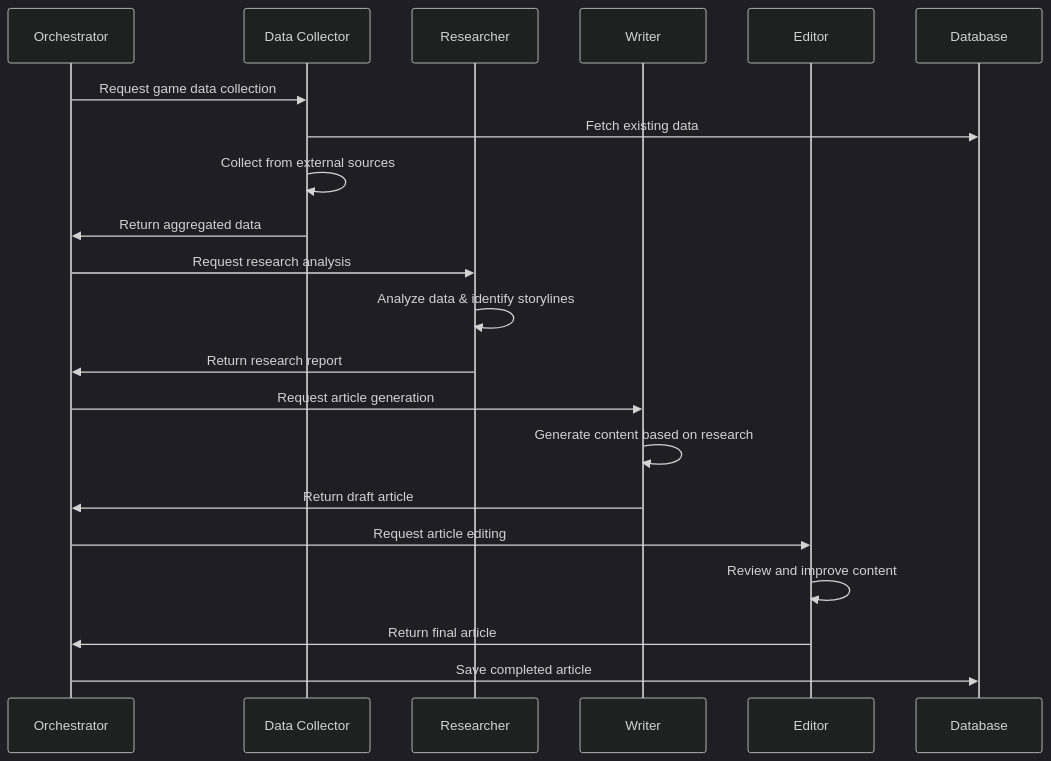
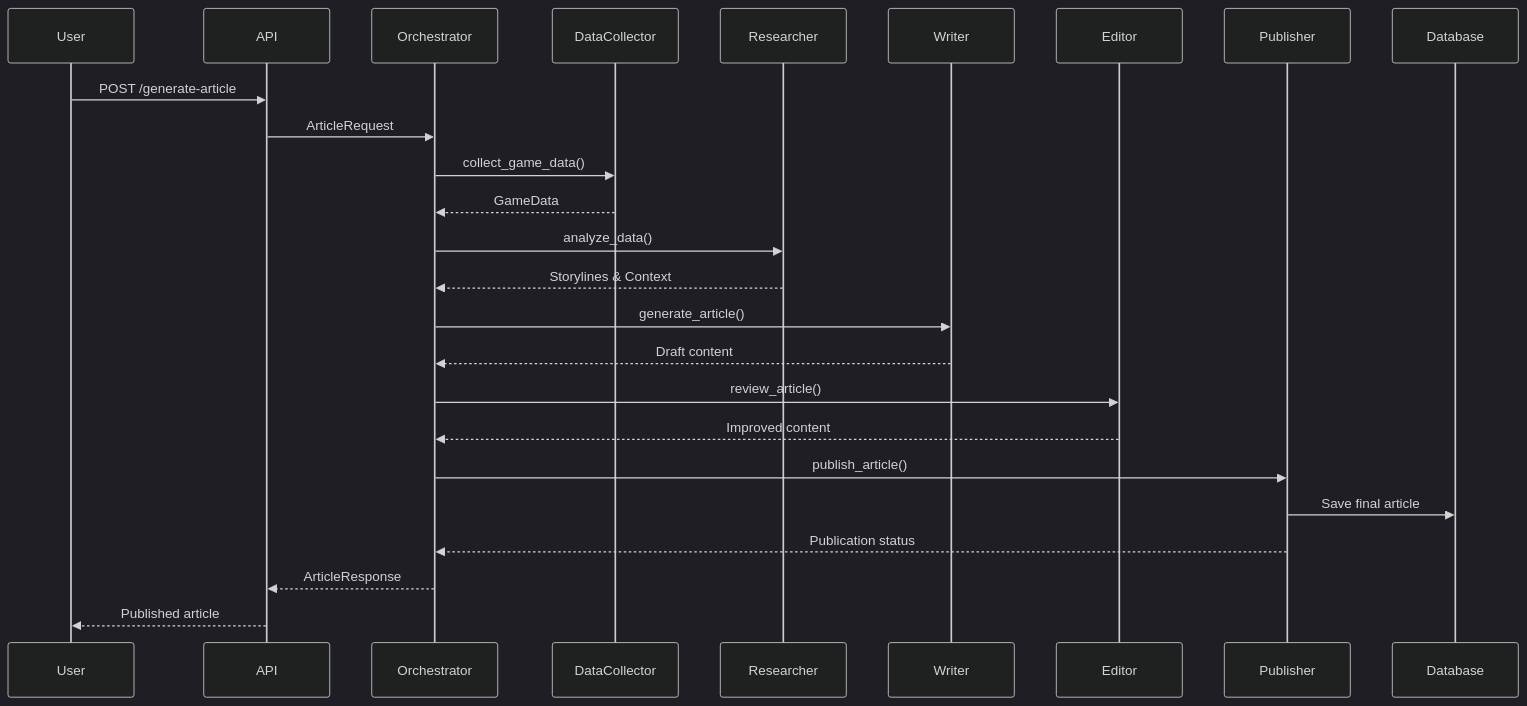
One commit to vibing-ai/sports-scribe changed the third of 3 diagrams in docs/architecture/multi-agent-design.md. Above: the diagram before and after it, drawn with Mermaid (dark theme). The commit also changed other lines of this file and 28 other files, not shown here.

````diff
--- a/docs/architecture/multi-agent-design.md
+++ b/docs/architecture/multi-agent-design.md
@@ -438,28 +291,28 @@
 ```mermaid
 sequenceDiagram
-    participant O as Orchestrator
-    participant DC as Data Collector
-    participant R as Researcher
-    participant W as Writer
-    participant E as Editor
-    participant DB as Database
+    participant User
+    participant API
+    participant Orchestrator
+    participant DataCollector
+    participant Researcher
+    participant Writer
+    participant Editor
+    participant Publisher
+    participant Database
 
-    O->>DC: Request game data collection
-    DC->>DB: Fetch existing data
-    DC->>DC: Collect from external sources
-    DC->>O: Return aggregated data
-
-    O->>R: Request research analysis
-    R->>R: Analyze data & identify storylines
-    R->>O: Return research report
-
-    O->>W: Request article generation
-    W->>W: Generate content based on research
-    W->>O: Return draft article
-
-    O->>E: Request article editing
-    E->>E: Review and improve content
-    E->>O: Return final article
-
-    O->>DB: Save completed article
+    User->>API: POST /generate-article
+    API->>Orchestrator: ArticleRequest
+    Orchestrator->>DataCollector: collect_game_data()
+    DataCollector-->>Orchestrator: GameData
+    Orchestrator->>Researcher: analyze_data()
+    Researcher-->>Orchestrator: Storylines & Context
+    Orchestrator->>Writer: generate_article()
+    Writer-->>Orchestrator: Draft content
+    Orchestrator->>Editor: review_article()
+    Editor-->>Orchestrator: Improved content
+    Orchestrator->>Publisher: publish_article()
+    Publisher->>Database: Save final article
+    Publisher-->>Orchestrator: Publication status
+    Orchestrator-->>API: ArticleResponse
+    API-->>User: Published article
 ```
````
